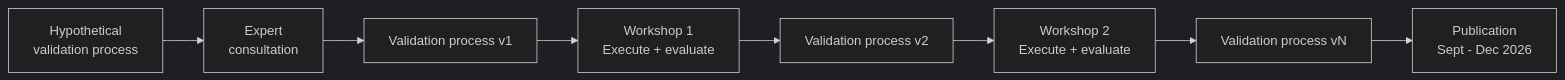
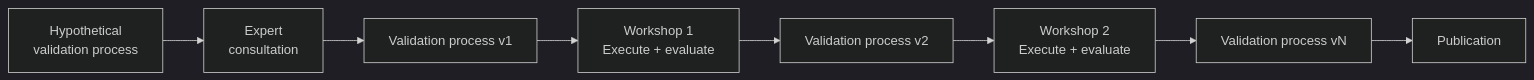
One commit to MinBZK/regelrecht changed the fifth of 5 diagrams in docs/src/content/docs/concepts/validation-methodology.md. Above: the diagram before and after it, drawn with Mermaid (dark theme). The commit also changed other lines of this file and 53 other files, not shown here.

````diff
--- a/docs/src/content/docs/concepts/validation-methodology.md
+++ b/docs/src/content/docs/concepts/validation-methodology.md
@@ -245,10 +249,10 @@
 ```mermaid
 flowchart LR
     V0[Hypothetical\nvalidation process] --> E0[Expert\nconsultation]
     E0 --> V1[Validation process v1]
     V1 --> W1[Workshop 1\nExecute + evaluate]
     W1 --> V2[Validation process v2]
     V2 --> W2[Workshop 2\nExecute + evaluate]
     W2 --> VN[Validation process vN]
-    VN --> PUB[Publication\nSept - Dec 2026]
+    VN --> PUB[Publication]
 ```
````
